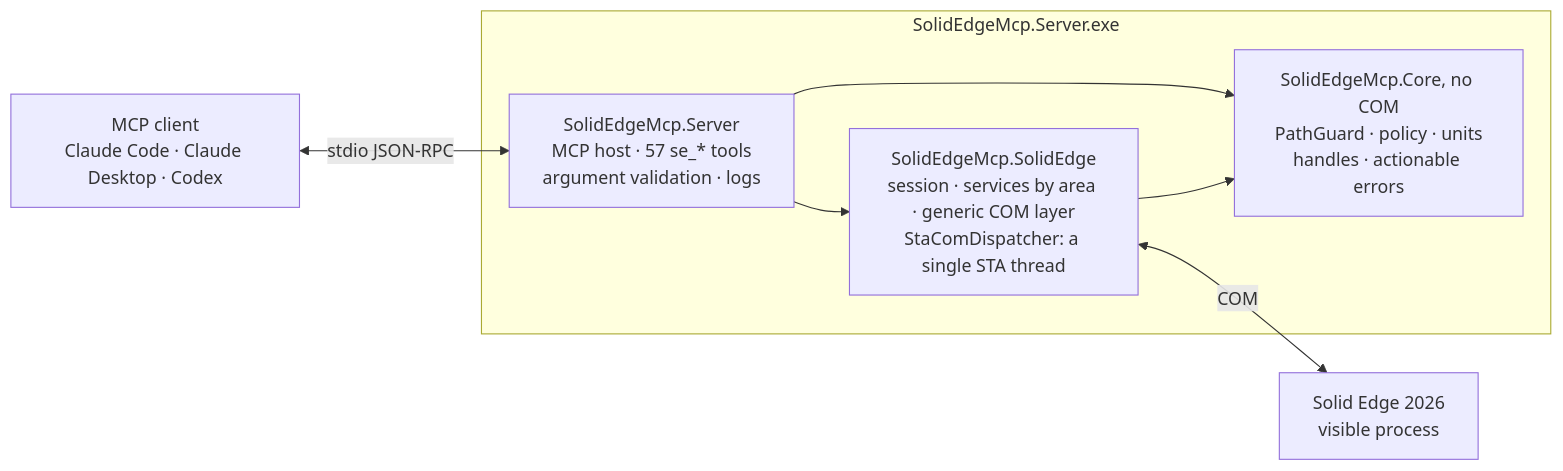
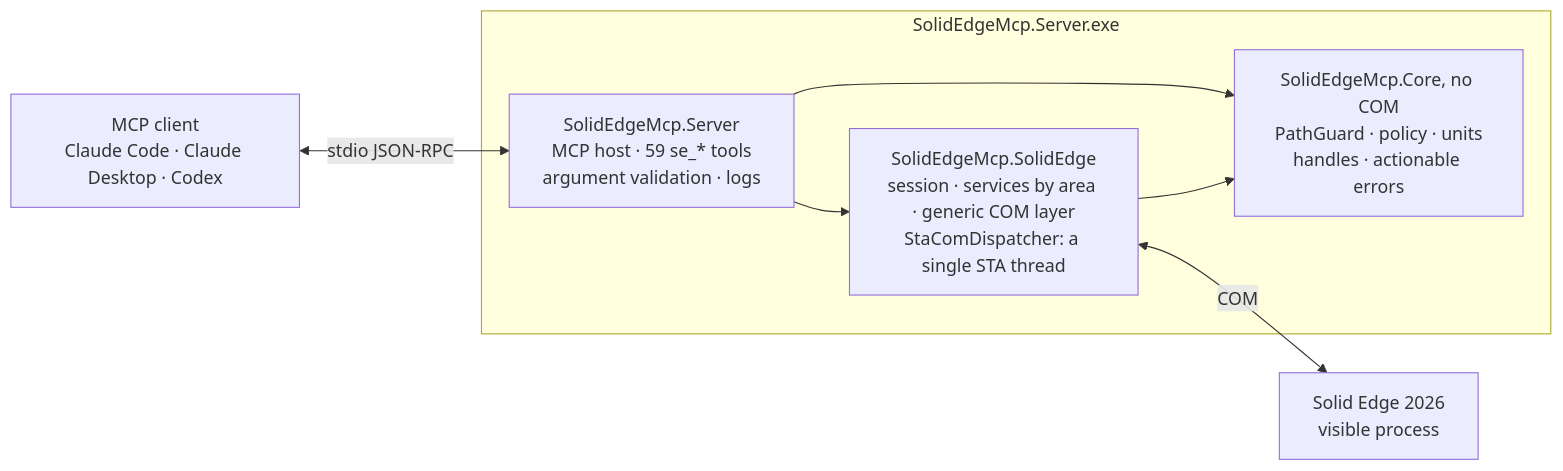
One commit to gabichuuuuu/solid-edge-mcp changed the diagram in README.md. Above: the diagram before and after it, drawn with Mermaid. The commit also changed other lines of this file and 20 other files, not shown here.

````diff
--- a/README.md
+++ b/README.md
@@ -299,18 +301,18 @@
 ```mermaid
 flowchart LR
     client["MCP client<br/>Claude Code · Claude Desktop · Codex"]
 
     subgraph exe ["SolidEdgeMcp.Server.exe"]
-        server["SolidEdgeMcp.Server<br/>MCP host · 57 se_* tools<br/>argument validation · logs"]
+        server["SolidEdgeMcp.Server<br/>MCP host · 59 se_* tools<br/>argument validation · logs"]
         se["SolidEdgeMcp.SolidEdge<br/>session · services by area · generic COM layer<br/>StaComDispatcher: a single STA thread"]
         core["SolidEdgeMcp.Core, no COM<br/>PathGuard · policy · units<br/>handles · actionable errors"]
         server --> se
         server --> core
         se --> core
     end
 
     app["Solid Edge 2026<br/>visible process"]
 
     client <-->|stdio JSON-RPC| server
     se <-->|COM| app
 ```
````
